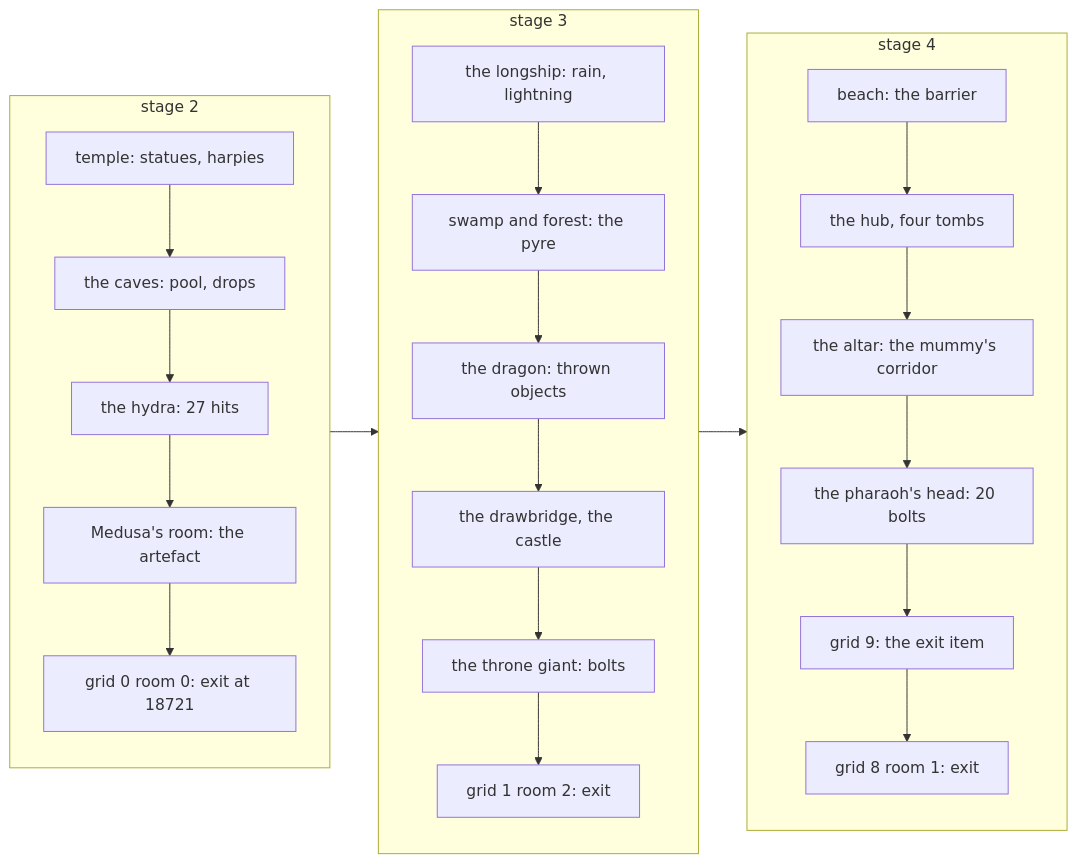
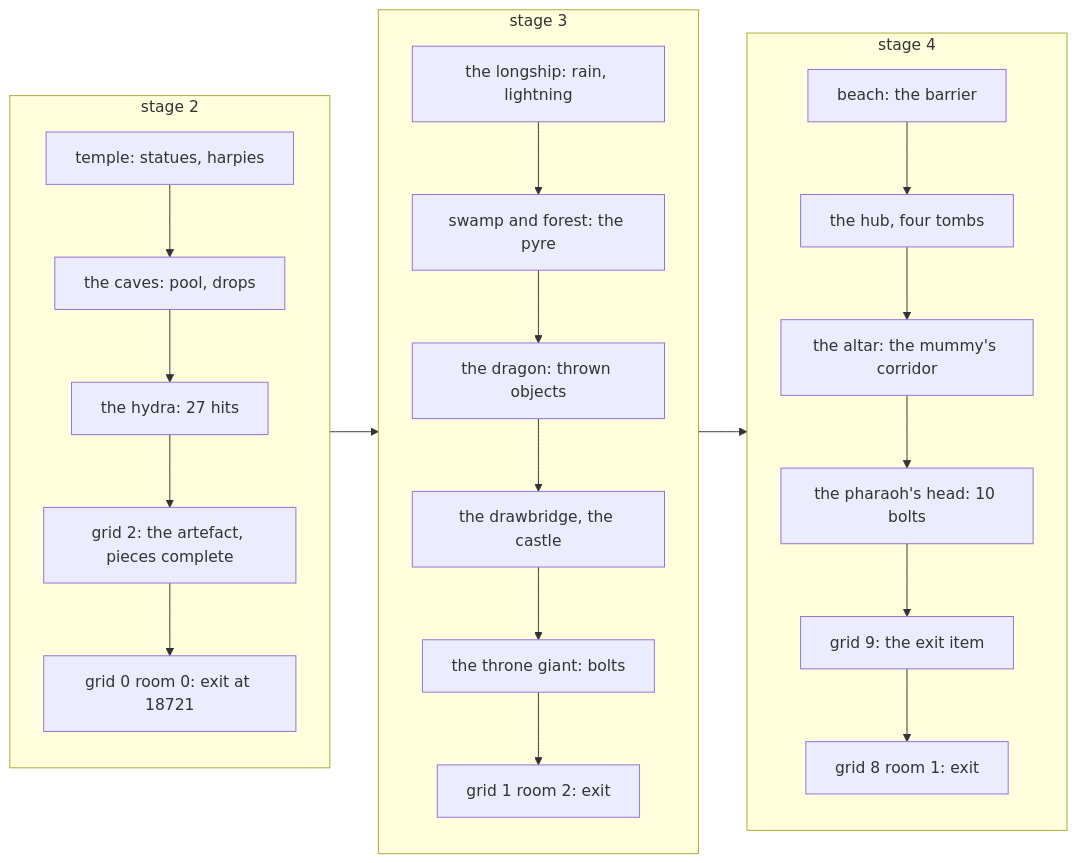
One commit to alfishe/unrealng-reverse-cases changed the ninth of 9 diagrams in games/myth/docs/01-game-design.md. Above: the diagram before and after it, drawn with Mermaid. The commit also changed other lines of this file and 29 other files, not shown here.

Commit message:
Myth: review round 2 fixed (30 findings: the stage 3 dragon's 15 objects, the pharaoh's 10 bolts, the duel's frames, Medusa's head, the puzzle chains, stage 4 grid numbers, enemy sheet, coverage); case complete

````diff
--- a/games/myth/docs/01-game-design.md
+++ b/games/myth/docs/01-game-design.md
@@ -597,24 +606,24 @@
 ```mermaid
 flowchart LR
     subgraph S2["stage 2"]
         A2["temple: statues, harpies"] --> B2["the caves: pool, drops"]
         B2 --> C2["the hydra: 27 hits"]
-        C2 --> D2["Medusa's room: the artefact"]
+        C2 --> D2["grid 2: the artefact, pieces complete"]
         D2 --> E2["grid 0 room 0: exit at 18721"]
     end
     subgraph S3["stage 3"]
         A3["the longship: rain, lightning"] --> B3["swamp and forest: the pyre"]
         B3 --> C3["the dragon: thrown objects"]
         C3 --> D3["the drawbridge, the castle"]
         D3 --> E3["the throne giant: bolts"]
         E3 --> F3["grid 1 room 2: exit"]
     end
     subgraph S4["stage 4"]
         A4["beach: the barrier"] --> B4["the hub, four tombs"]
         B4 --> C4["the altar: the mummy's corridor"]
-        C4 --> D4["the pharaoh's head: 20 bolts"]
+        C4 --> D4["the pharaoh's head: 10 bolts"]
         D4 --> E4["grid 9: the exit item"]
         E4 --> F4["grid 8 room 1: exit"]
     end
     S2 --> S3 --> S4
 ```
````
